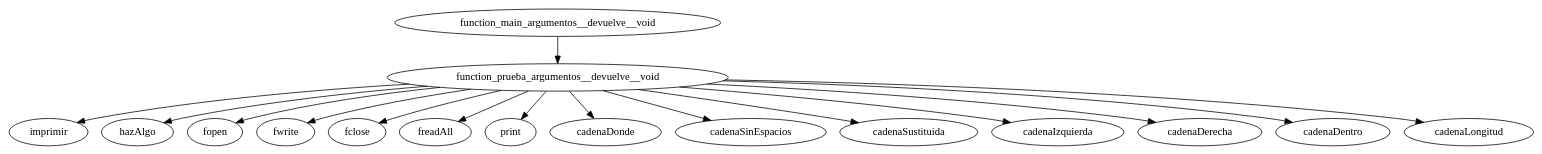
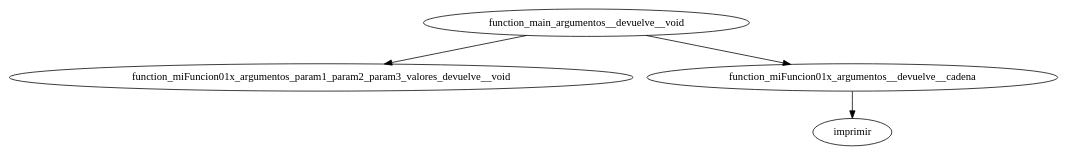
Before and after one commit to Diego77Blaze/gramaticaspl3: the diagram in DiagramaLlamadas.dot, drawn with Graphviz. The commit also changed 8 other files, not shown here.

```diff
--- a/DiagramaLlamadas.dot
+++ b/DiagramaLlamadas.dot
@@ -1,18 +1,6 @@
 digraph main{
 
-function_main_argumentos__devuelve__void->function_prueba_argumentos__devuelve__void->imprimir
-function_prueba_argumentos__devuelve__void->hazAlgo
-function_prueba_argumentos__devuelve__void->fopen
-function_prueba_argumentos__devuelve__void->fwrite
-function_prueba_argumentos__devuelve__void->fclose
-function_prueba_argumentos__devuelve__void->freadAll
-function_prueba_argumentos__devuelve__void->print
-function_prueba_argumentos__devuelve__void->cadenaDonde
-function_prueba_argumentos__devuelve__void->cadenaSinEspacios
-function_prueba_argumentos__devuelve__void->cadenaSustituida
-function_prueba_argumentos__devuelve__void->cadenaIzquierda
-function_prueba_argumentos__devuelve__void->cadenaDerecha
-function_prueba_argumentos__devuelve__void->cadenaDentro
-function_prueba_argumentos__devuelve__void->cadenaLongitud
+function_main_argumentos__devuelve__void->function_miFuncion01x_argumentos_param1_param2_param3_valores_devuelve__void
+function_main_argumentos__devuelve__void->function_miFuncion01x_argumentos__devuelve__cadena->imprimir
 
 }
```
